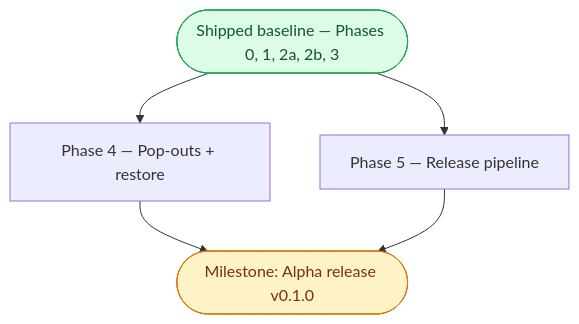
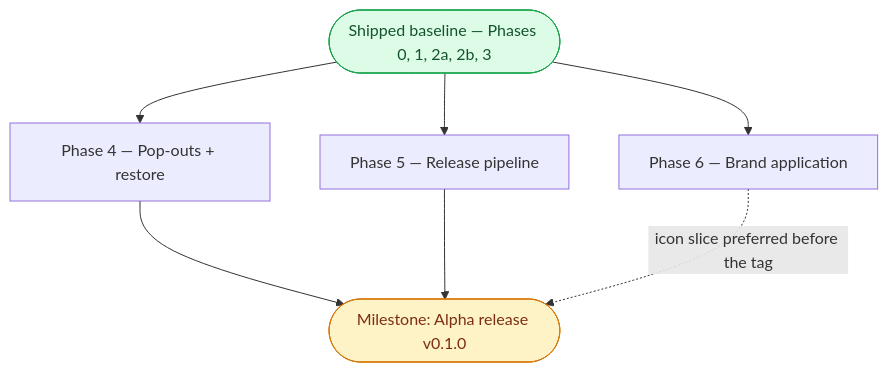
One commit to ericwait/eaa-traffic-monitor changed the diagram in docs/Implementation-Plan.md. Above: the diagram before and after it, drawn with Mermaid. The commit also changed other lines of this file, not shown here.

First line of the commit message:
Schedule the brand application phase

````diff
--- a/docs/Implementation-Plan.md
+++ b/docs/Implementation-Plan.md
@@ -38,18 +39,21 @@
 ```mermaid
 flowchart TD
     BASE(["Shipped baseline — Phases 0, 1, 2a, 2b, 3"])
     P4["Phase 4 — Pop-outs + restore"]
     P5["Phase 5 — Release pipeline"]
+    P6["Phase 6 — Brand application"]
 
     ALPHA(["Milestone: Alpha release v0.1.0"])
 
     BASE --> P4
     BASE --> P5
+    BASE --> P6
     P4 --> ALPHA
     P5 --> ALPHA
+    P6 -. icon slice preferred before the tag .-> ALPHA
 
     classDef milestone fill:#fef3c7,stroke:#d97706,color:#7c2d12
     classDef shipped fill:#dcfce7,stroke:#16a34a,color:#14532d
     class ALPHA milestone
     class BASE shipped
 ```
````
